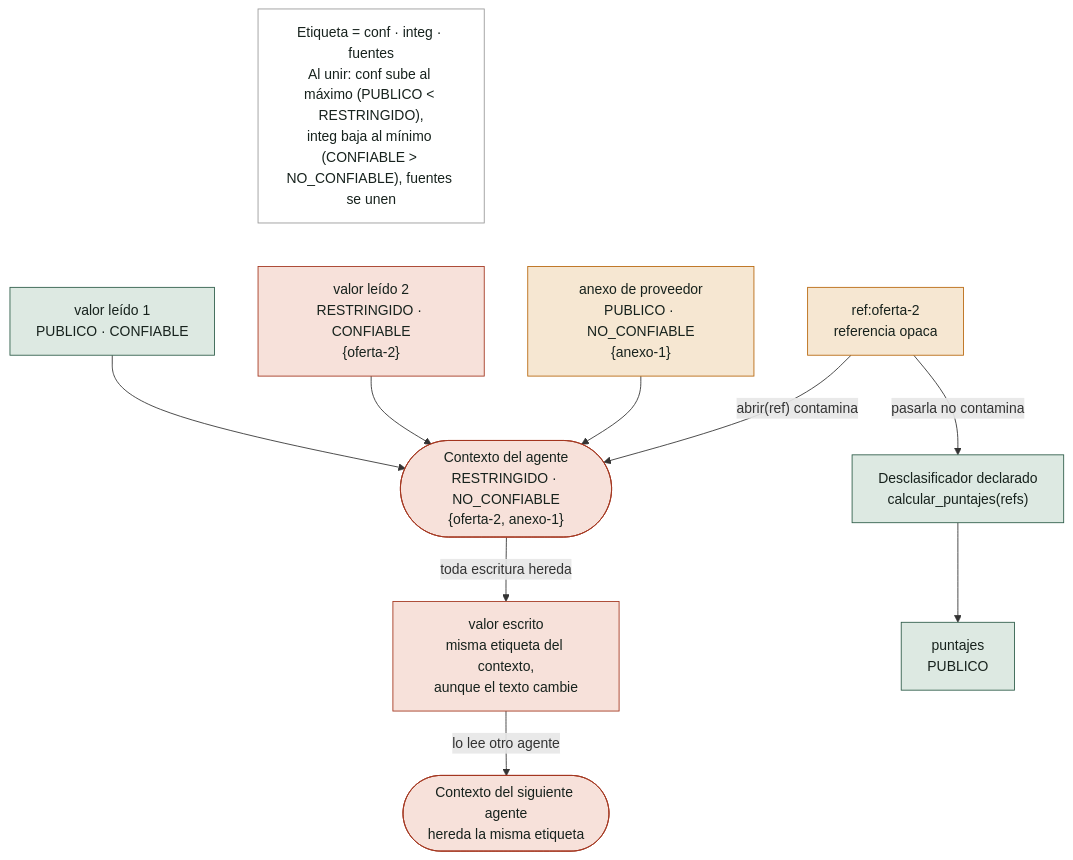
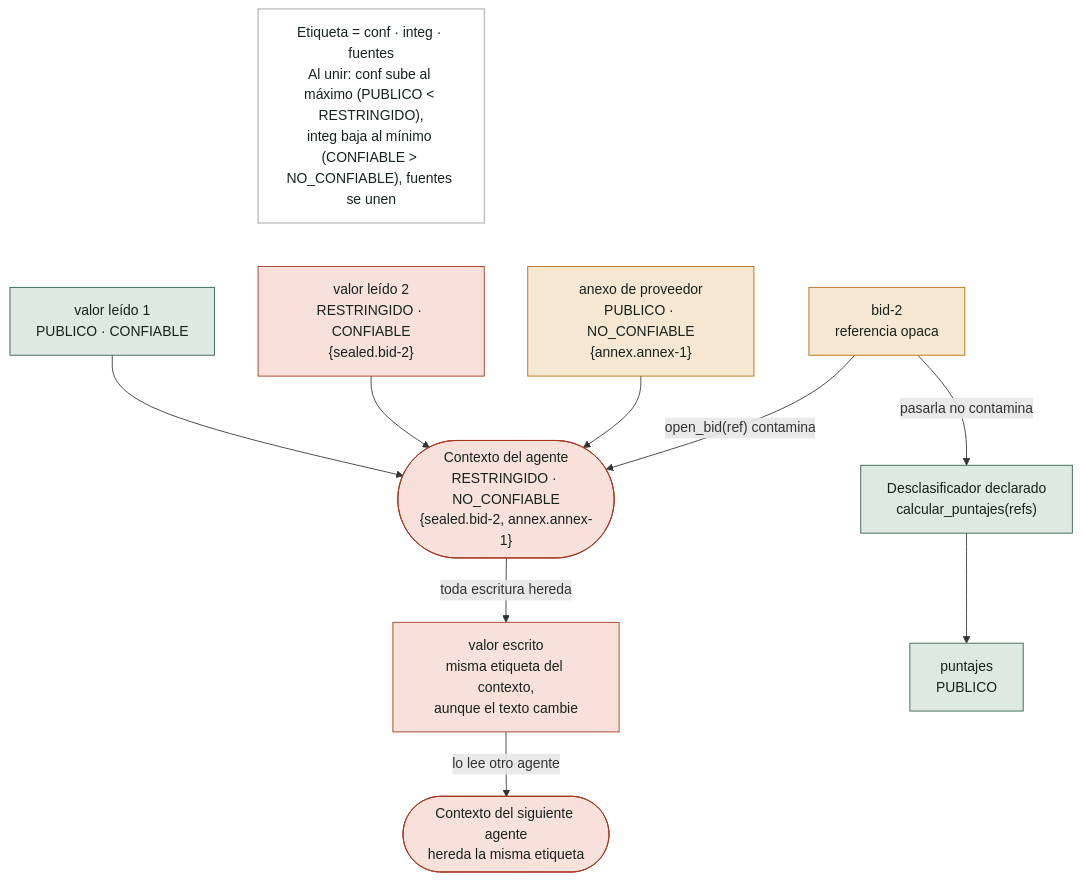
Before and after one commit to JhostinAleck/quorum: the diagram in docs/diagramas/etiquetas.mmd, drawn with Mermaid. The commit also changed 52 other files, not shown here.

```diff
--- a/docs/diagramas/etiquetas.mmd
+++ b/docs/diagramas/etiquetas.mmd
@@ -1,24 +1,24 @@
 flowchart TB
   LEG["Etiqueta = conf · integ · fuentes<br/>Al unir: conf sube al máximo (PUBLICO &lt; RESTRINGIDO),<br/>integ baja al mínimo (CONFIABLE &gt; NO_CONFIABLE), fuentes se unen"]:::leg
 
   V1["valor leído 1<br/>PUBLICO · CONFIABLE"]:::p
-  V2["valor leído 2<br/>RESTRINGIDO · CONFIABLE<br/>{oferta-2}"]:::r
-  V3["anexo de proveedor<br/>PUBLICO · NO_CONFIABLE<br/>{anexo-1}"]:::n
-  REF["ref:oferta-2<br/>referencia opaca"]:::n
+  V2["valor leído 2<br/>RESTRINGIDO · CONFIABLE<br/>{sealed.bid-2}"]:::r
+  V3["anexo de proveedor<br/>PUBLICO · NO_CONFIABLE<br/>{annex.annex-1}"]:::n
+  REF["bid-2<br/>referencia opaca"]:::n
 
   LEG ~~~ V2
   V1 --> CTX
   V2 --> CTX
   V3 --> CTX
-  REF -->|"abrir(ref) contamina"| CTX
-  CTX(["Contexto del agente<br/>RESTRINGIDO · NO_CONFIABLE<br/>{oferta-2, anexo-1}"]):::r
+  REF -->|"open_bid(ref) contamina"| CTX
+  CTX(["Contexto del agente<br/>RESTRINGIDO · NO_CONFIABLE<br/>{sealed.bid-2, annex.annex-1}"]):::r
   CTX -->|"toda escritura hereda"| W["valor escrito<br/>misma etiqueta del contexto,<br/>aunque el texto cambie"]:::r
   W -->|"lo lee otro agente"| CTX2(["Contexto del siguiente agente<br/>hereda la misma etiqueta"]):::r
 
   REF -->|"pasarla no contamina"| DEC["Desclasificador declarado<br/>calcular_puntajes(refs)"]:::p
   DEC --> PUB["puntajes<br/>PUBLICO"]:::p
 
   classDef r fill:#f7e1da,stroke:#a3361f,color:#17221d
   classDef p fill:#dde9e2,stroke:#2f5d4a,color:#17221d
   classDef n fill:#f6e7d2,stroke:#b8680f,color:#17221d
   classDef leg fill:#ffffff,stroke:#999999,color:#17221d
```
